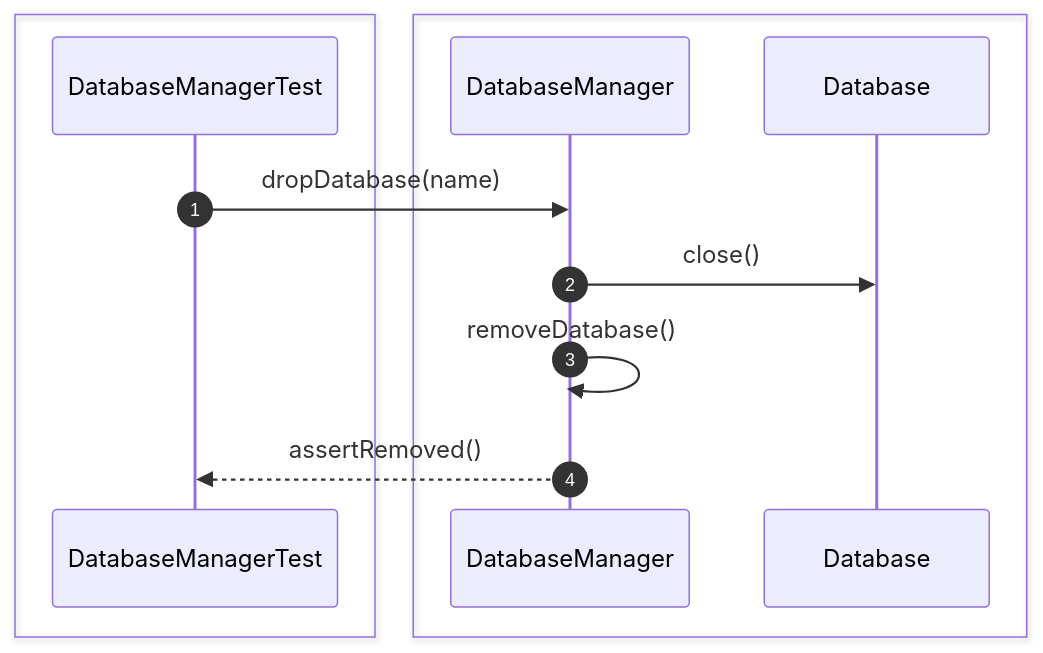
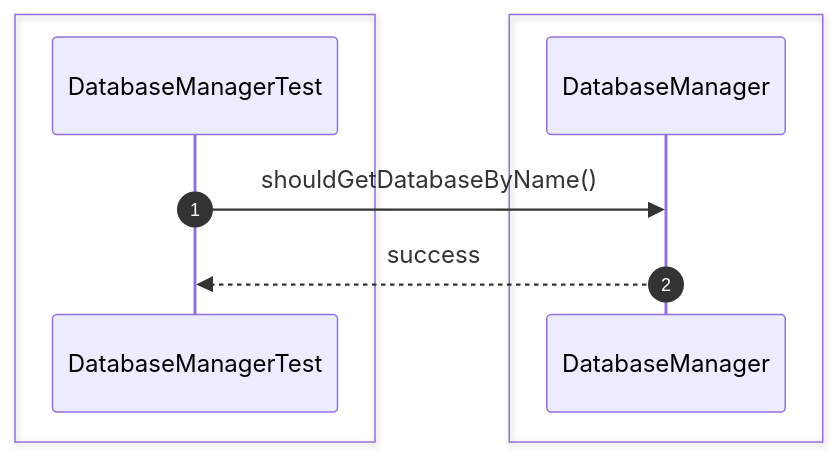
One commit to Huy1801214/dbms-architecture changed diagram 12 of 44 in src/sequence/db-server.md. Above: the diagram before and after it, drawn with Mermaid. The commit also changed other lines of this file and 68 other files, not shown here.

Commit message:
implement comprehensive unit test suite and architectural sequence documentation

````diff
--- a/src/sequence/db-server.md
+++ b/src/sequence/db-server.md
@@ -215,17 +173,13 @@
 ```mermaid
 sequenceDiagram
     autonumber
-
     box #e1f5fe Test Suite
     participant Test as DatabaseManagerTest
     end
-    box #e3f2fd Server Managers
-    participant Manager as DatabaseManager
-    participant Database as Database
+    box #e3f2fd DatabaseManager Component
+    participant DM as DatabaseManager
     end
 
-    Test->>Manager: dropDatabase(name)
-    Manager->>Database: close()
-    Manager->>Manager: removeDatabase()
-    Manager-->>Test: assertRemoved()
+    Test->>DM: shouldGetDatabaseByName()
+    DM-->>Test: success
 ```
````
